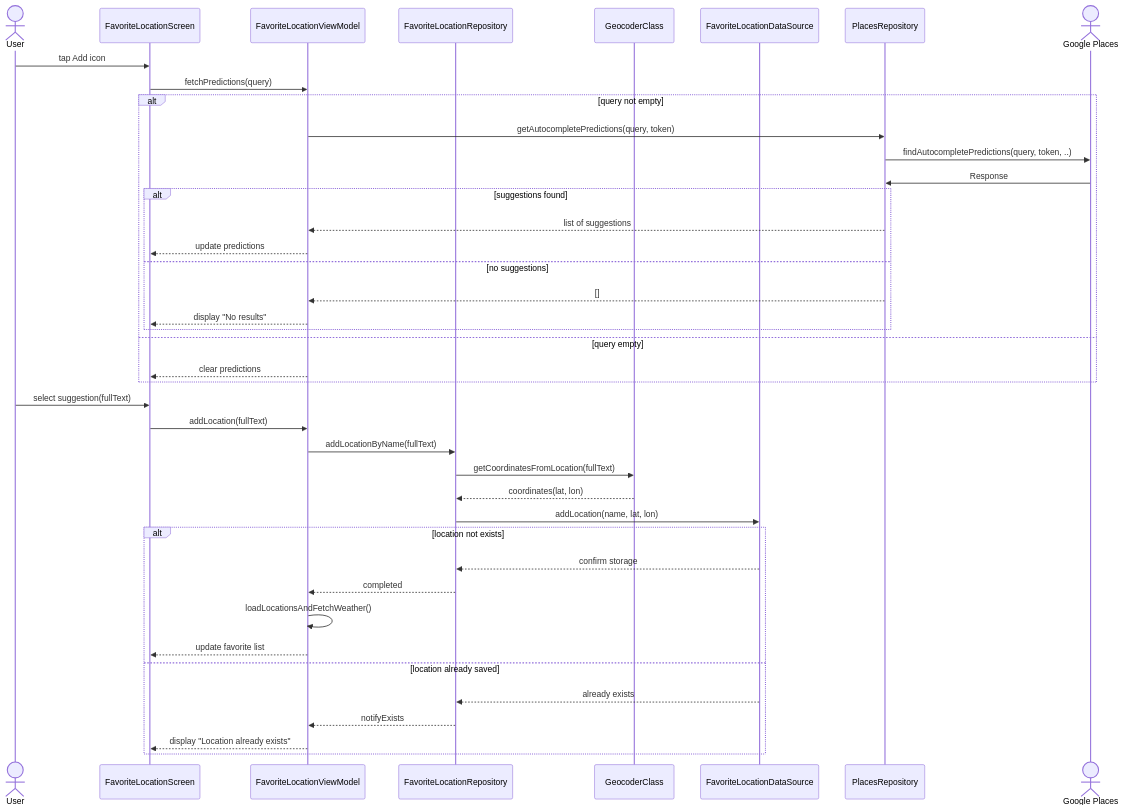
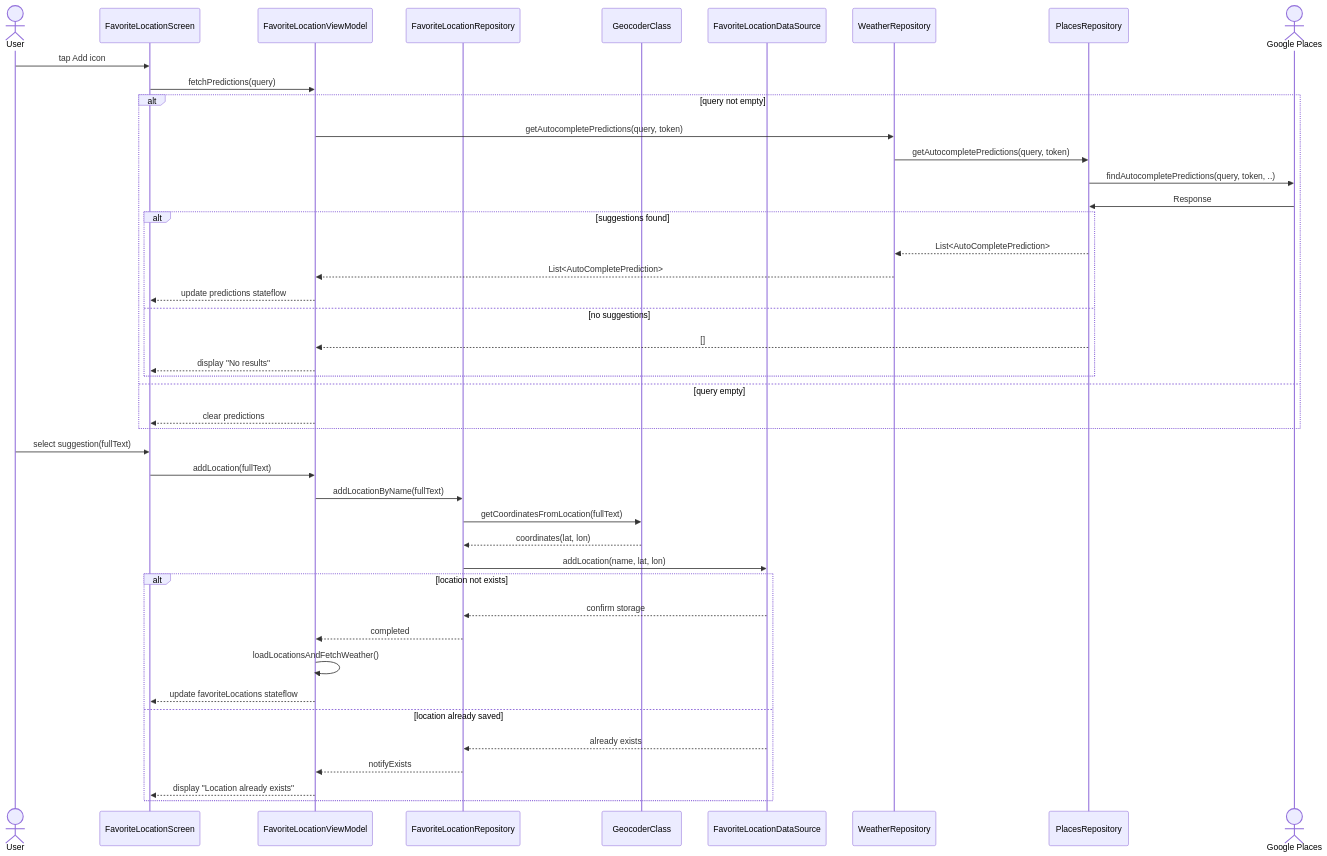
The diagram in diagrams/add_favorite_location/sequencediagram.md (GithubTechsupport/VaerAktiv), drawn with Mermaid before and after one commit. The commit also changed other lines of this file and 5 other files, not shown here.

First line of the commit message:
Improved add_favorite_location class diagrams by adding relations and classes (WeatherRepository)

````diff
--- a/diagrams/add_favorite_location/sequencediagram.md
+++ b/diagrams/add_favorite_location/sequencediagram.md
@@ -4,44 +1,47 @@
 ```mermaid
 sequenceDiagram
   actor User as User
   participant UI as FavoriteLocationScreen
   participant VM as FavoriteLocationViewModel
   participant Repo as FavoriteLocationRepository
   participant Geocoder as GeocoderClass
   participant DS as FavoriteLocationDataSource
+  Participant WR as WeatherRepository
   participant API as PlacesRepository
   actor Google as Google Places
 
   User ->> UI: tap Add icon
   UI ->> VM: fetchPredictions(query)
   alt query not empty
-    VM ->> API: getAutocompletePredictions(query, token)
+    VM ->> WR: getAutocompletePredictions(query, token)
+    WR ->> API: getAutocompletePredictions(query, token)
     API ->> Google: findAutocompletePredictions(query, token, ..)
     Google ->> API: Response
     alt suggestions found
-      API -->> VM: list of suggestions
-      VM -->> UI: update predictions
+      API -->> WR: List<AutoCompletePrediction>
+      WR -->> VM: List<AutoCompletePrediction>
+      VM -->> UI: update predictions stateflow
     else no suggestions
       API -->> VM: []
       VM -->> UI: display "No results"
     end
   else query empty
     VM -->> UI: clear predictions
   end
   User ->> UI: select suggestion(fullText)
   UI ->> VM: addLocation(fullText)
   VM ->> Repo: addLocationByName(fullText)
   Repo ->> Geocoder: getCoordinatesFromLocation(fullText)
   Geocoder -->> Repo: coordinates(lat, lon)
   Repo ->> DS: addLocation(name, lat, lon)
   alt location not exists
     DS -->> Repo: confirm storage
     Repo -->> VM: completed
     VM ->> VM: loadLocationsAndFetchWeather()
-    VM -->> UI: update favorite list
+    VM -->> UI: update favoriteLocations stateflow
   else location already saved
     DS -->> Repo: already exists
     Repo -->> VM: notifyExists
     VM -->> UI: display "Location already exists"
   end
 ```
````
